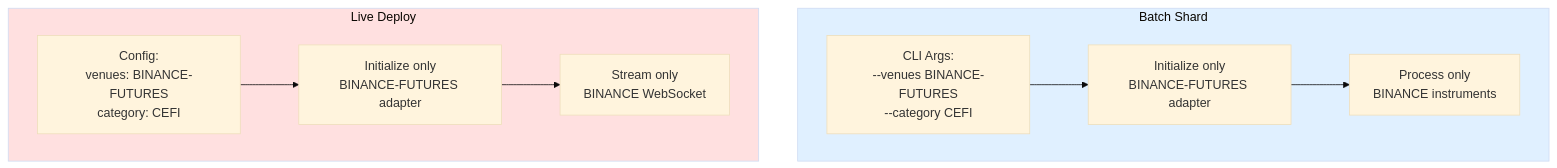
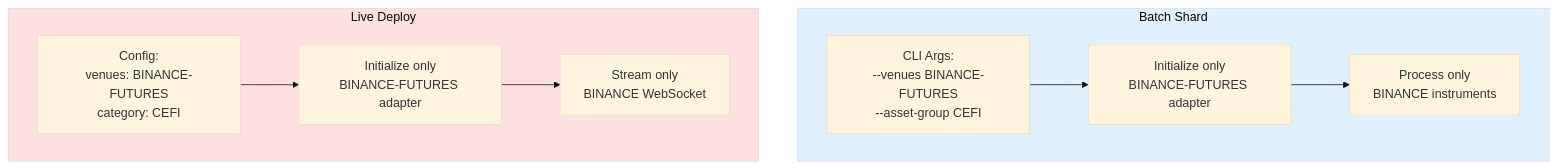
The ninth of 10 diagrams in codex/04-architecture/deployment-topology-diagrams.md (IggyIkenna/unified-trading-pm), drawn with Mermaid (base theme) before and after one commit. The commit also changed 139 other files, not shown here.

Commit message:
refactor: rename category to asset_group across codex + plans

````diff
--- a/codex/04-architecture/deployment-topology-diagrams.md
+++ b/codex/04-architecture/deployment-topology-diagrams.md
@@ -445,20 +445,20 @@
 ```mermaid
 graph TB
     subgraph BatchShard[Batch Shard]
-        BatchCLI[CLI Args:<br/>--venues BINANCE-FUTURES<br/>--category CEFI]
+        BatchCLI[CLI Args:<br/>--venues BINANCE-FUTURES<br/>--asset-group CEFI]
         BatchInit[Initialize only<br/>BINANCE-FUTURES adapter]
         BatchProcess[Process only<br/>BINANCE instruments]
     end
 
     subgraph LiveDeploy[Live Deploy]
         LiveConfig[Config:<br/>venues: BINANCE-FUTURES<br/>category: CEFI]
         LiveInit[Initialize only<br/>BINANCE-FUTURES adapter]
         LiveStream[Stream only<br/>BINANCE WebSocket]
     end
 
     BatchCLI --> BatchInit --> BatchProcess
     LiveConfig --> LiveInit --> LiveStream
 
     style BatchShard fill:#e0f0ff
     style LiveDeploy fill:#ffe0e0
 ```
````
